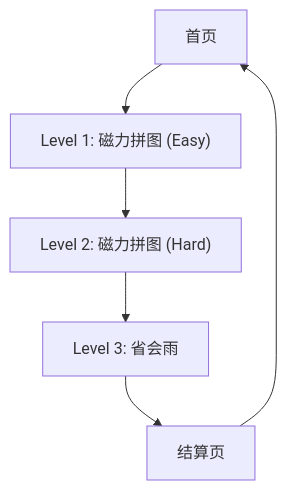
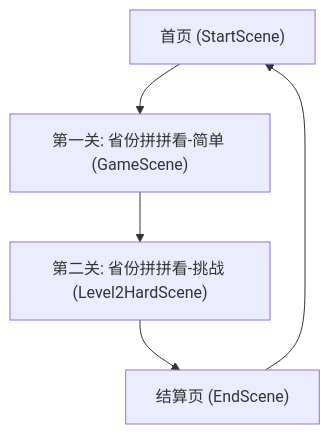
One commit to xperbots/game_map_puzzle changed the diagram in PRD_PinPin_China_Web.md. Above: the diagram before and after it, drawn with Mermaid. The commit also changed other lines of this file and 13 other files, not shown here.

Commit message:
docs: update PRD, README, and CHANGELOG for v0.4.0 (Game Flow & Timer)

````diff
--- a/PRD_PinPin_China_Web.md
+++ b/PRD_PinPin_China_Web.md
@@ -41,8 +38,7 @@
 ```mermaid
 graph TD
-  A["首页"] --> B["Level 1: 磁力拼图 (Easy)"]
-  B --> C["Level 2: 磁力拼图 (Hard)"]
-  C --> D["Level 3: 省会雨"]
-  D --> E["结算页"]
-  E --> A
+  A["首页 (StartScene)"] --> B["第一关: 省份拼拼看-简单 (GameScene)"]
+  B --> C["第二关: 省份拼拼看-挑战 (Level2HardScene)"]
+  C --> D["结算页 (EndScene)"]
+  D --> A
 ```
````
